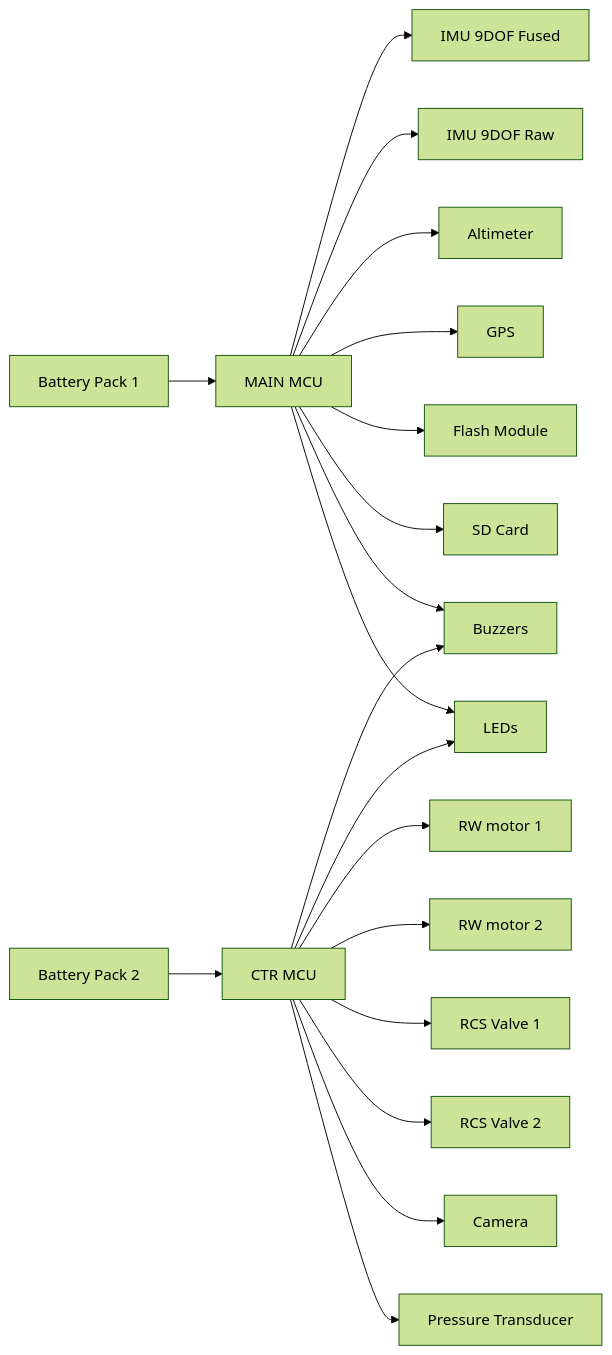
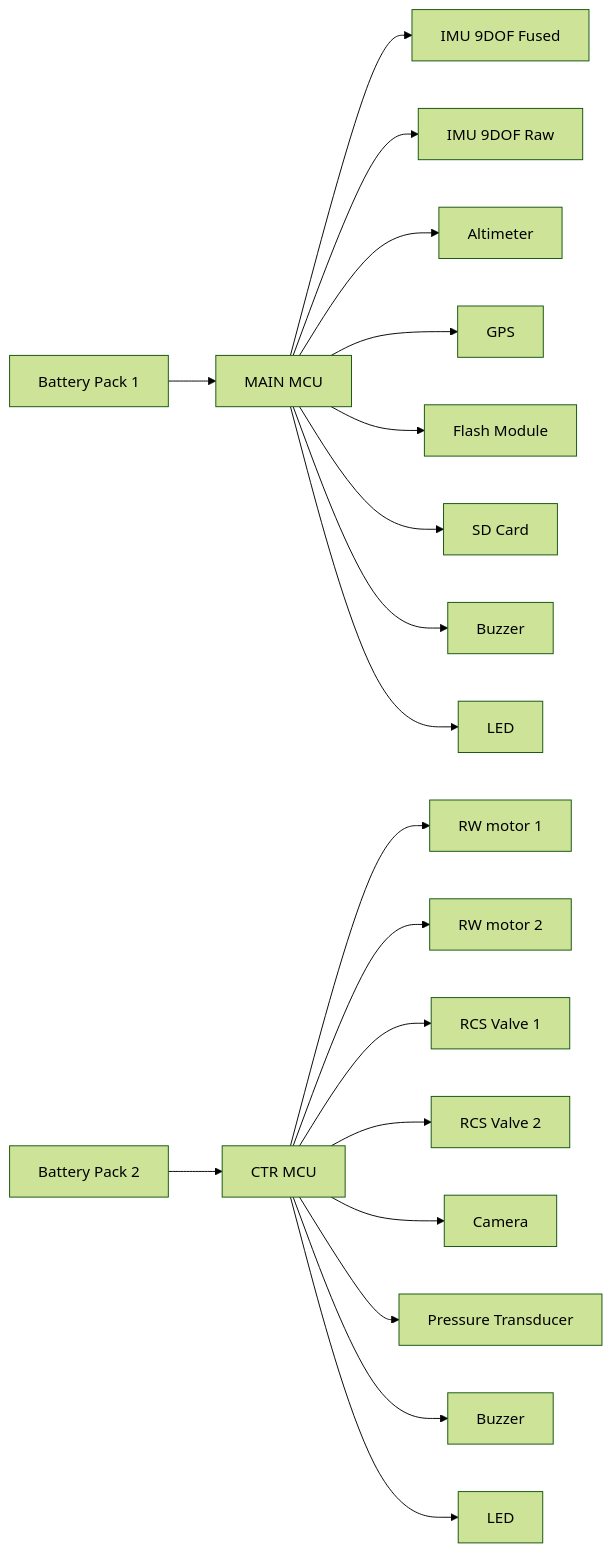
Before and after one commit to Volta-Rocketry/CUBESAT-2026: the diagram in ELS-ELH Updated/Cubesat Final Architecture.md, drawn with Mermaid (forest theme). The commit also changed other lines of this file, not shown here.

Commit message:
Update schematic diagram

````diff
--- a/ELS-ELH Updated/Cubesat Final Architecture.md
+++ b/ELS-ELH Updated/Cubesat Final Architecture.md
@@ -132,42 +132,44 @@
 ```mermaid
 flowchart LR
     BAT1[Battery Pack 1]
     BAT2[Battery Pack 2]
     MCU1[MAIN MCU]
     MCU2[CTR MCU]
     IMU1[IMU 9DOF Fused]
     IMU2[IMU 9DOF Raw]
     ALT[Altimeter]
     GPS[GPS]
     FLASH[Flash Module]
     SD[SD Card]
     PT[Pressure Transducer]
     CAM[Camera]
-    BUZ[Buzzers]
-    LED[LEDs]
+    BUZ[Buzzer]
+    BUZ2[Buzzer]
+    LED[LED]
+    LED2[LED]
     CH1[RW motor 1]
     CH2[RW motor 2]
     CH3[RCS Valve 1]
     CH4[RCS Valve 2]
 
     BAT1 --> MCU1
     MCU1 --> IMU1
     MCU1 --> IMU2
     MCU1 --> ALT
     MCU1 --> GPS
     MCU1 --> FLASH
     MCU1 --> SD
     MCU1 --> BUZ
     MCU1 --> LED
 
     BAT2 --> MCU2
     MCU2 --> CH1
     MCU2 --> CH2
     MCU2 --> CH3
     MCU2 --> CH4
     MCU2 --> CAM
     MCU2 --> PT
-    MCU2 --> BUZ
-    MCU2 --> LED
+    MCU2 --> BUZ2
+    MCU2 --> LED2
 
 ```
````
